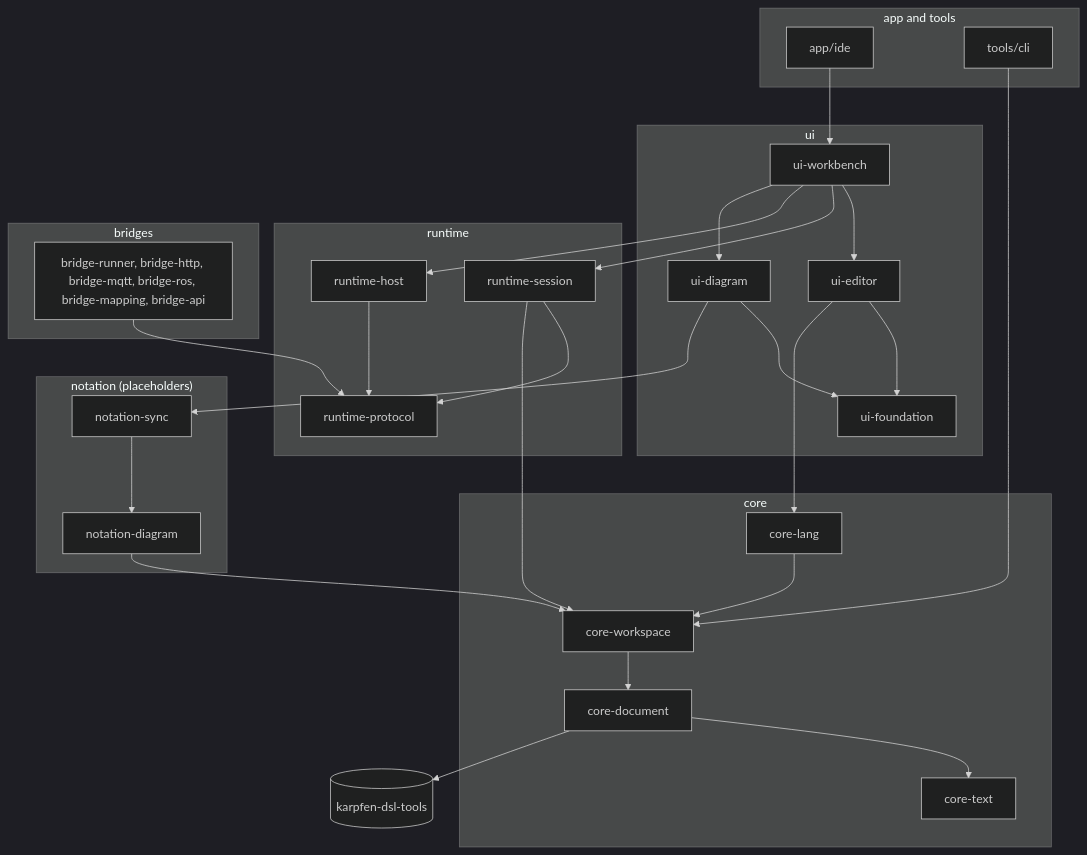
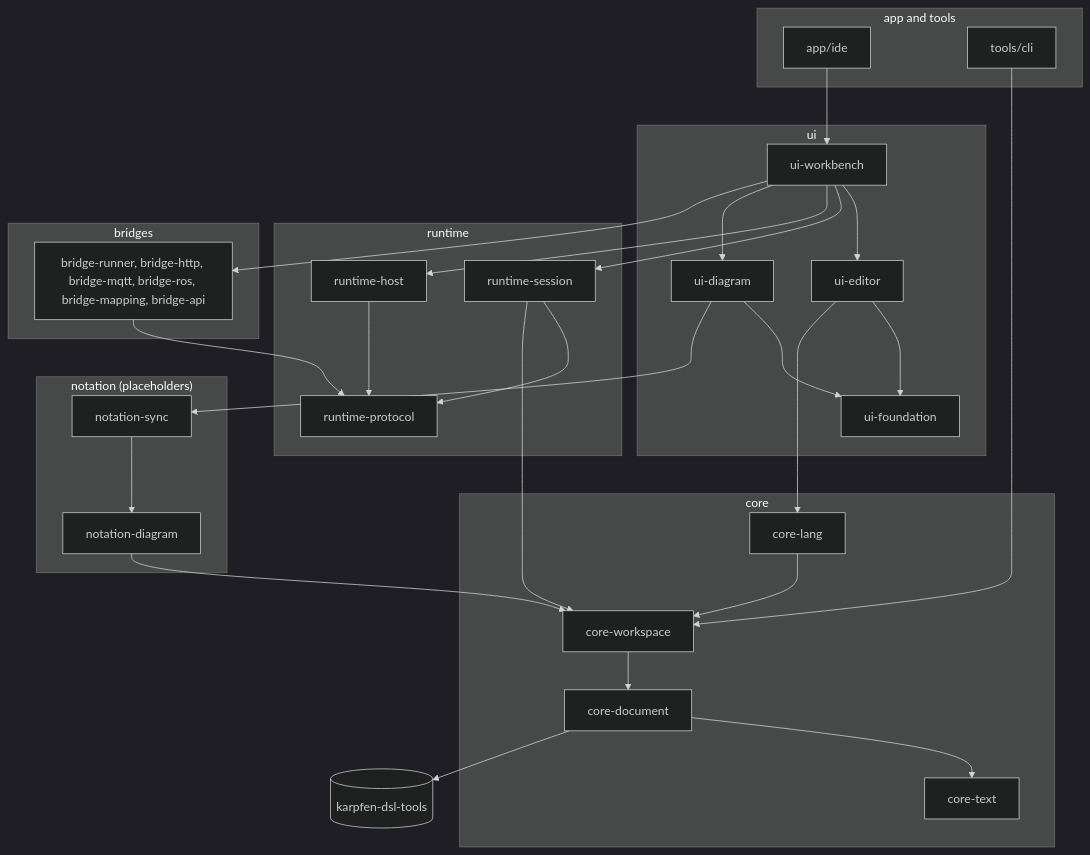
The diagram in docs/archdoc.md (karpfenproject/karpfen-IDE), drawn with Mermaid (dark theme) before and after one commit. The commit also changed other lines of this file and 27 other files, not shown here.

````diff
--- a/docs/archdoc.md
+++ b/docs/archdoc.md
@@ -74,44 +74,44 @@
 ```mermaid
 flowchart TD
     subgraph appGroup ["app and tools"]
         ide["app/ide"]
         cli["tools/cli"]
     end
     subgraph uiGroup ["ui"]
         workbench["ui-workbench"]
         editor["ui-editor"]
         foundation["ui-foundation"]
         uidiagram["ui-diagram"]
     end
     subgraph runtimeGroup ["runtime"]
         session["runtime-session"]
         host["runtime-host"]
         protocol["runtime-protocol"]
     end
     subgraph notationGroup ["notation (placeholders)"]
         nsync["notation-sync"]
         ndiagram["notation-diagram"]
     end
     subgraph bridgesGroup ["bridges"]
         bridges["bridge-runner, bridge-http, bridge-mqtt, bridge-ros, bridge-mapping, bridge-api"]
     end
     subgraph coreGroup ["core"]
         lang["core-lang"]
         workspace["core-workspace"]
         document["core-document"]
         coretext["core-text"]
     end
     dsltools[("karpfen-dsl-tools")]
 
     ide --> workbench
     cli --> workspace
-    workbench --> editor & session & host & uidiagram
+    workbench --> editor & session & host & uidiagram & bridges
     editor --> foundation & lang
     uidiagram --> foundation & nsync
     nsync --> ndiagram --> workspace
     session --> protocol & workspace
     host --> protocol
     bridges --> protocol
     lang --> workspace --> document
     document --> coretext & dsltools
 ```
````
